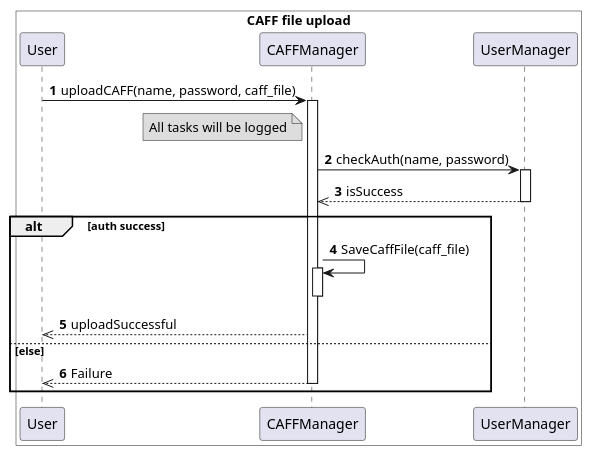
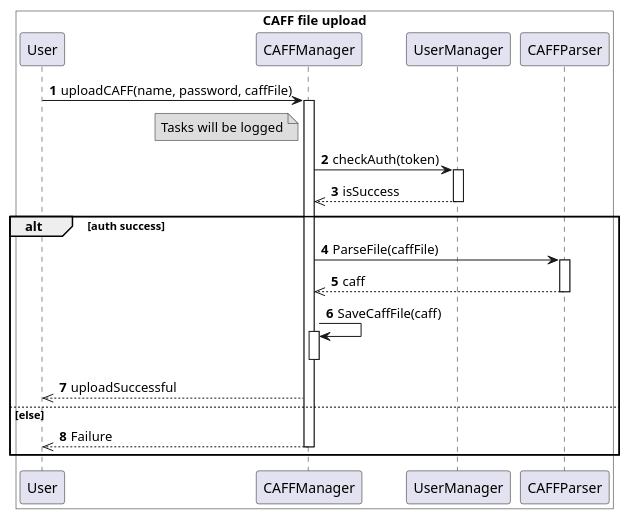
The diagram in uml/caff_upload.puml (DRKV333/WannaCrySys), drawn with PlantUML before and after one commit. The commit also changed 4 other files, not shown here.

Commit message:
Added comment sequence diagram and fixed the others

```diff
--- a/uml/caff_upload.puml
+++ b/uml/caff_upload.puml
@@ -1,39 +1,45 @@
 @startuml
 autonumber 1
 
 box "CAFF file upload" #FFF
 
-User -> CAFFManager: uploadCAFF(name, password, caff_file)
+User -> CAFFManager: uploadCAFF(name, password, caffFile)
 activate CAFFManager 
 
 note left of CAFFManager #DDD
-All tasks will be logged
+Tasks will be logged
 end note
 
-CAFFManager -> UserManager: checkAuth(name, password)
+CAFFManager -> UserManager: checkAuth(token)
 activate UserManager
 
 UserManager -->> CAFFManager: isSuccess
 deactivate UserManager
 
 alt auth success
 
-CAFFManager -> CAFFManager: SaveCaffFile(caff_file)
+CAFFManager -> CAFFParser: ParseFile(caffFile)
+activate CAFFParser
+
+CAFFManager <<-- CAFFParser: caff
+deactivate CAFFParser
+
+CAFFManager -> CAFFManager: SaveCaffFile(caff)
 activate CAFFManager
 
 deactivate CAFFManager
 
 
 CAFFManager -->> User: uploadSuccessful
 
 else else
 
 
 User <<-- CAFFManager: Failure
 deactivate CAFFManager 
 
 end
 
 end box
 
 @enduml
```
